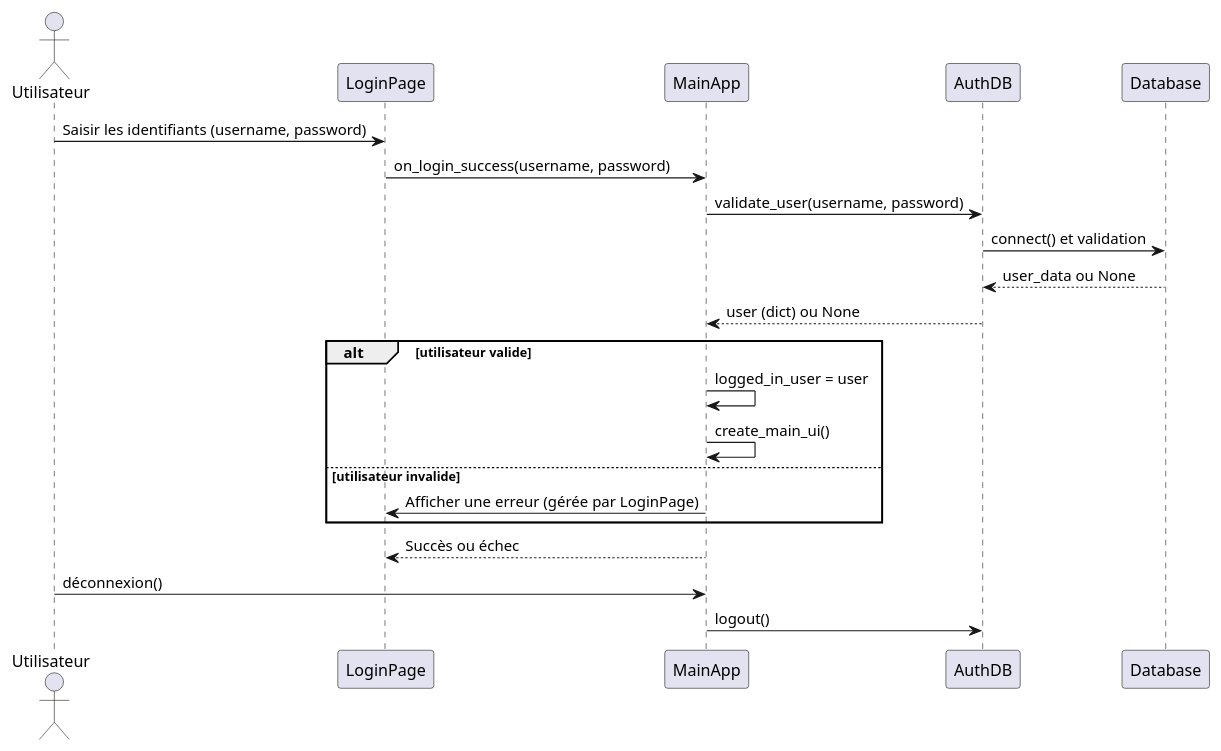
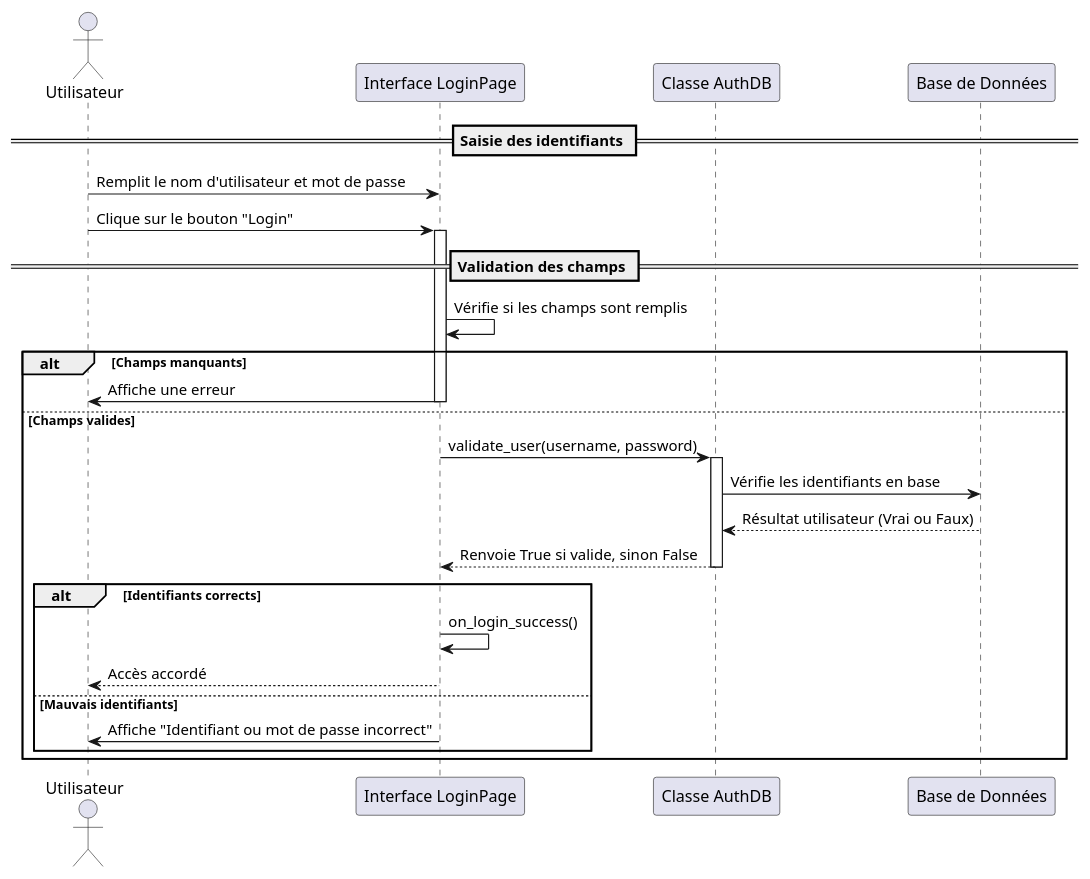
One commit to ahmedlman/system_de_reconnaissance_faciale changed the diagram in diagrammes/diag_seq_usr.puml. Above: the diagram before and after it, drawn with PlantUML. The commit also changed 10 other files, not shown here.

```diff
--- a/diagrammes/diag_seq_usr.puml
+++ b/diagrammes/diag_seq_usr.puml
@@ -1,24 +1,34 @@
 @startuml
+
 actor Utilisateur
-participant "LoginPage"
-participant "MainApp"
-participant "AuthDB"
-participant "Database"
+participant "Interface LoginPage" as UI
+participant "Classe AuthDB" as AuthDB
+participant "Base de Données" as DB
 
-Utilisateur -> LoginPage: Saisir les identifiants (username, password)
-LoginPage -> MainApp: on_login_success(username, password)
-MainApp -> AuthDB: validate_user(username, password)
-AuthDB -> Database: connect() et validation
-Database --> AuthDB: user_data ou None
-AuthDB --> MainApp: user (dict) ou None
-alt utilisateur valide
-    MainApp -> MainApp: logged_in_user = user
-    MainApp -> MainApp: create_main_ui()
-else utilisateur invalide
-    MainApp -> LoginPage: Afficher une erreur (gérée par LoginPage)
+== Saisie des identifiants ==
+Utilisateur -> UI : Remplit le nom d'utilisateur et mot de passe
+Utilisateur -> UI : Clique sur le bouton "Login"
+activate UI
+
+== Validation des champs ==
+UI -> UI : Vérifie si les champs sont remplis
+alt Champs manquants
+    UI -> Utilisateur : Affiche une erreur
+    deactivate UI
+else Champs valides
+    UI -> AuthDB : validate_user(username, password)
+    activate AuthDB
+    AuthDB -> DB : Vérifie les identifiants en base
+    DB --> AuthDB : Résultat utilisateur (Vrai ou Faux)
+    AuthDB --> UI : Renvoie True si valide, sinon False
+    deactivate AuthDB
+
+    alt Identifiants corrects
+        UI -> UI : on_login_success()
+        UI --> Utilisateur : Accès accordé
+    else Mauvais identifiants
+        UI -> Utilisateur : Affiche "Identifiant ou mot de passe incorrect"
+    end
+    deactivate UI
 end
-MainApp --> LoginPage: Succès ou échec
-Utilisateur -> MainApp: déconnexion()
-MainApp -> AuthDB: logout()
-
 @enduml
```
